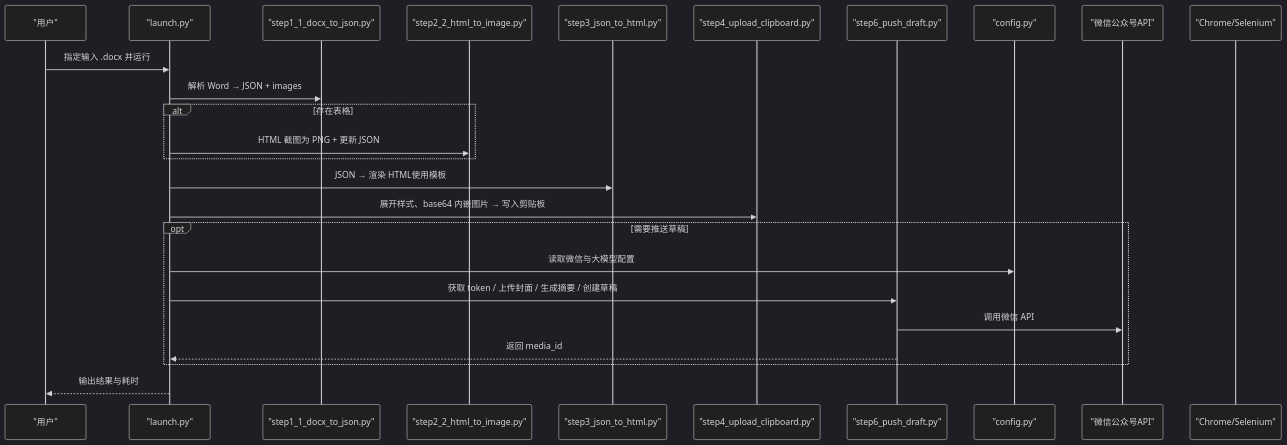
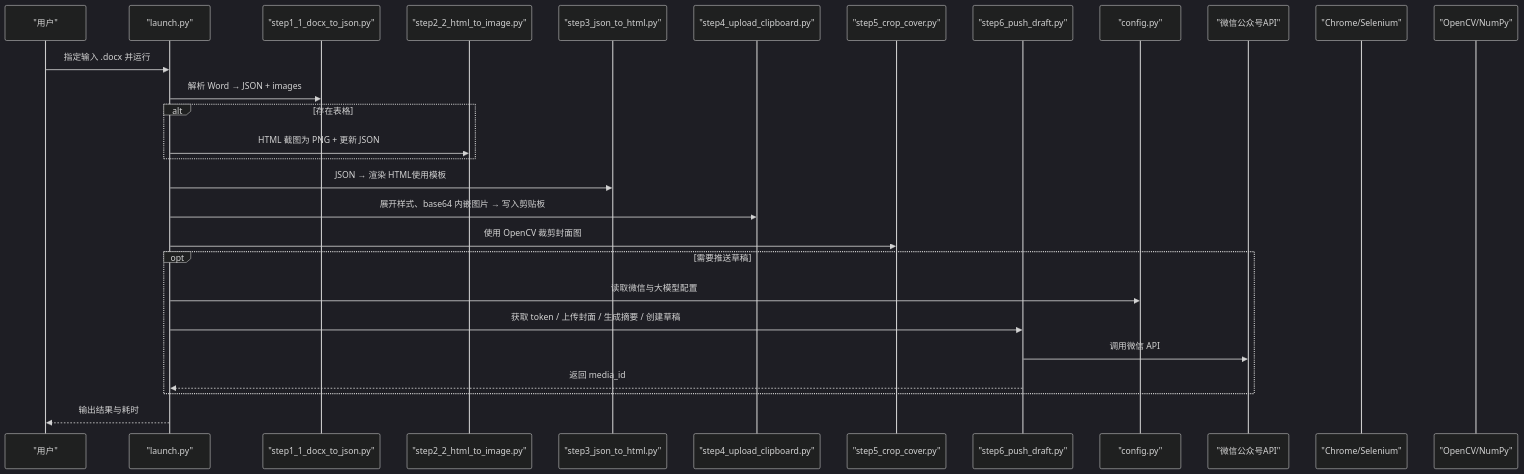
Before and after one commit to lvdonkeylv-design/content_board: the second of 3 diagrams in .qoder/repowiki/zh/content/项目概述/快速开始.md, drawn with Mermaid (dark theme). The commit also changed other lines of this file and 8 other files, not shown here.

````diff
--- a/.qoder/repowiki/zh/content/项目概述/快速开始.md
+++ b/.qoder/repowiki/zh/content/项目概述/快速开始.md
@@ -97,27 +116,30 @@
 ```mermaid
 sequenceDiagram
 participant U as "用户"
 participant L as "launch.py"
 participant S1 as "step1_1_docx_to_json.py"
 participant S2 as "step2_2_html_to_image.py"
 participant S3 as "step3_json_to_html.py"
 participant S4 as "step4_upload_clipboard.py"
+participant S5 as "step5_crop_cover.py"
 participant S6 as "step6_push_draft.py"
 participant CFG as "config.py"
 participant WX as "微信公众号API"
 participant CH as "Chrome/Selenium"
+participant CV as "OpenCV/NumPy"
 U->>L : 指定输入 .docx 并运行
 L->>S1 : 解析 Word → JSON + images
 alt 存在表格
 L->>S2 : HTML 截图为 PNG + 更新 JSON
 end
 L->>S3 : JSON → 渲染 HTML使用模板
 L->>S4 : 展开样式、base64 内嵌图片 → 写入剪贴板
+L->>S5 : 使用 OpenCV 裁剪封面图
 opt 需要推送草稿
 L->>CFG : 读取微信与大模型配置
 L->>S6 : 获取 token / 上传封面 / 生成摘要 / 创建草稿
 S6->>WX : 调用微信 API
 S6-->>L : 返回 media_id
 end
 L-->>U : 输出结果与耗时
 ```
````
